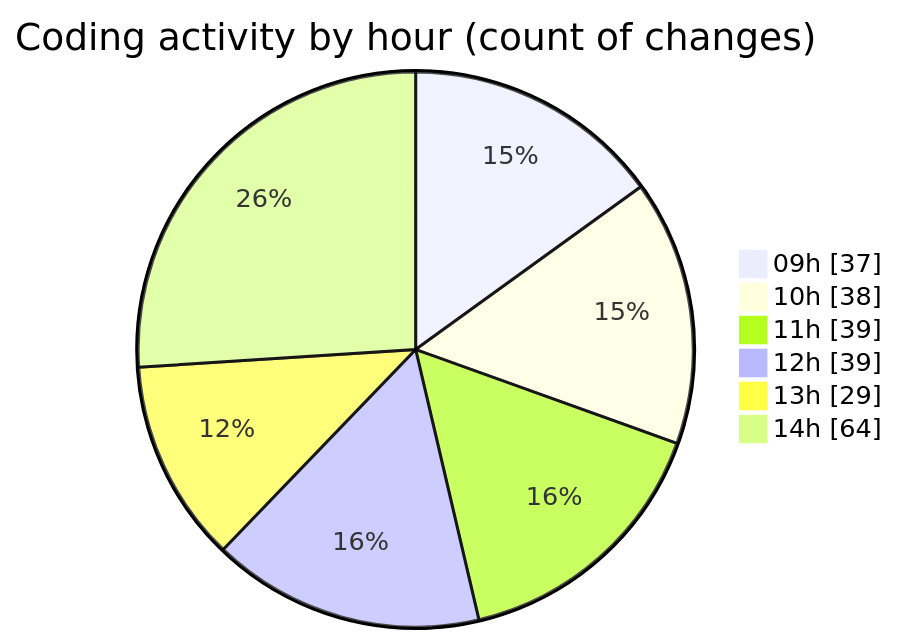
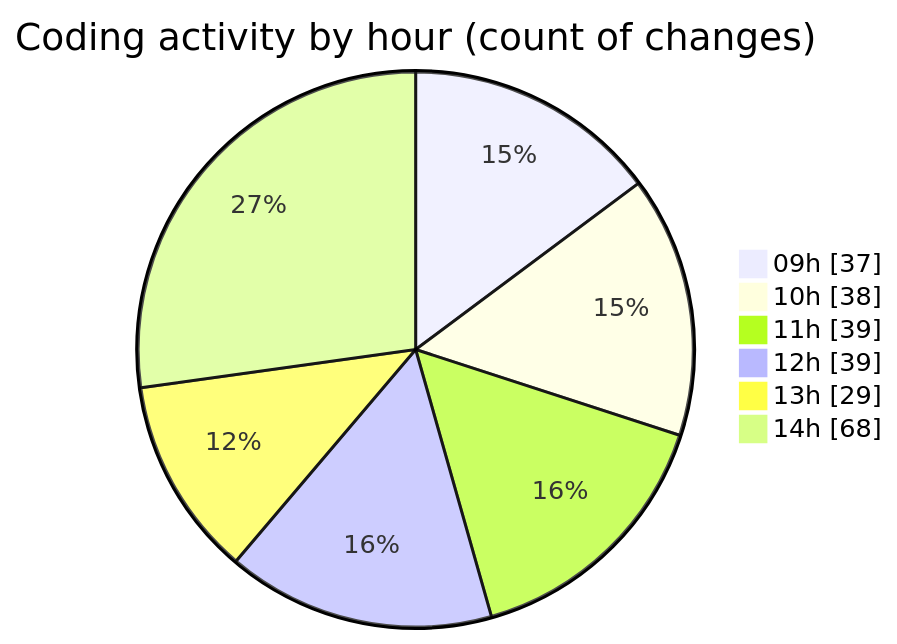
Before and after one commit to momahboobian/code-tracking: the second of 2 diagrams in 2025-02-12/cda/README.md, drawn with Mermaid. The commit also changed other lines of this file and 1 other file, not shown here.

````diff
--- a/2025-02-12/cda/README.md
+++ b/2025-02-12/cda/README.md
@@ -39,10 +39,10 @@
 ```mermaid
 pie showData
 title Coding activity by hour (count of changes)
 "09h" : 37
 "10h" : 38
 "11h" : 39
 "12h" : 39
 "13h" : 29
-"14h" : 64
+"14h" : 68
 ```
````
